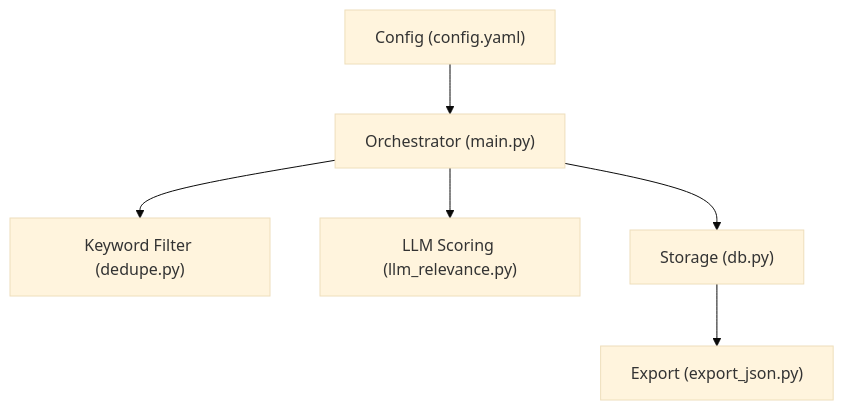
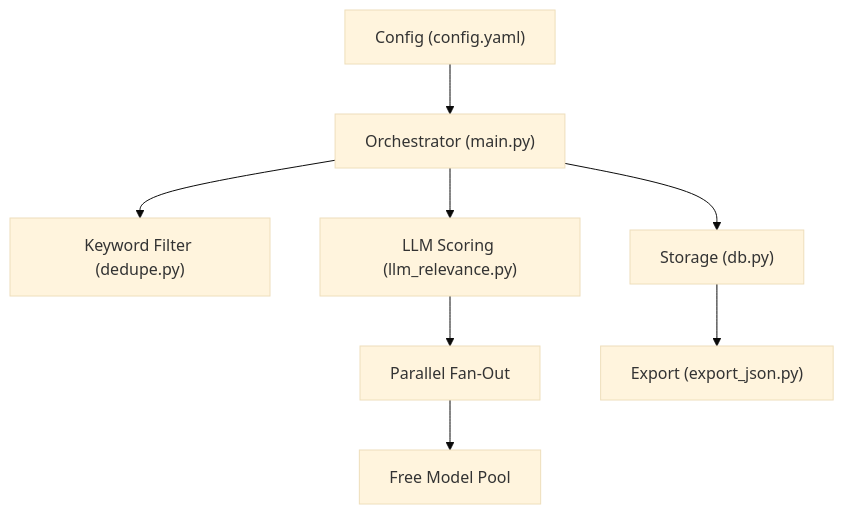
One commit to shakthi-vinayak/news changed the first of 3 diagrams in .qoder/repowiki/en/content/Configuration Guide/Core Configuration Options.md. Above: the diagram before and after it, drawn with Mermaid (base theme). The commit also changed other lines of this file and 55 other files, not shown here.

````diff
--- a/.qoder/repowiki/en/content/Configuration Guide/Core Configuration Options.md
+++ b/.qoder/repowiki/en/content/Configuration Guide/Core Configuration Options.md
@@ -50,14 +58,18 @@
 ```mermaid
 graph TB
 CFG["Config (config.yaml)"]
 MAIN["Orchestrator (main.py)"]
 DEDUP["Keyword Filter (dedupe.py)"]
 LLM["LLM Scoring (llm_relevance.py)"]
+PARALLEL["Parallel Fan-Out"]
+MODELPOOL["Free Model Pool"]
 DB["Storage (db.py)"]
 EXPORT["Export (export_json.py)"]
 CFG --> MAIN
 MAIN --> DEDUP
 MAIN --> LLM
+LLM --> PARALLEL
+PARALLEL --> MODELPOOL
 MAIN --> DB
 DB --> EXPORT
 ```
````
